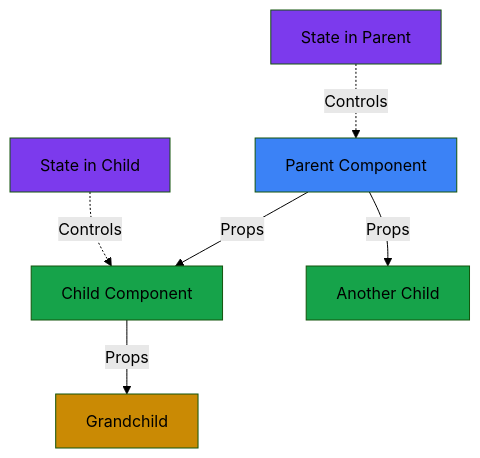
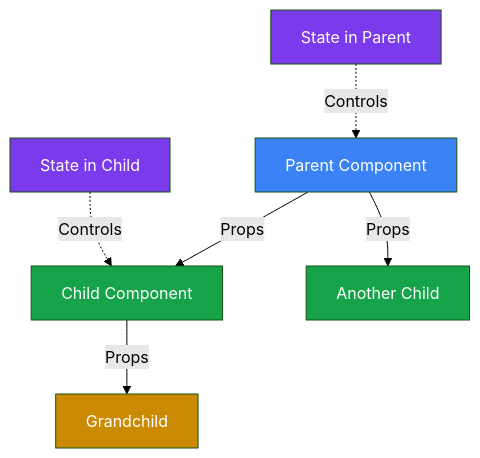
The first of 3 diagrams in react/state_props/README.md (upasanaprabhakar/web-dev-handbook), drawn with Mermaid (forest theme) before and after one commit. The commit also changed other lines of this file, not shown here.

Commit message:
state and props topic minor updates

````diff
--- a/react/state_props/README.md
+++ b/react/state_props/README.md
@@ -46,16 +46,20 @@
 ```mermaid
 graph TD
     A[Parent Component] -->|Props| B[Child Component]
     A -->|Props| C[Another Child]
     B -->|Props| D[Grandchild]
-    
+
     A1[State in Parent] -.->|Controls| A
     B1[State in Child] -.->|Controls| B
-    
-    style A fill:#3B82F6
-    style B fill:#16A34A
-    style C fill:#16A34A
-    style D fill:#CA8A04
-    style A1 fill:#7C3AED
-    style B1 fill:#7C3AED
+
+    classDef parent fill:#3B82F6,color:#ffffff
+    classDef child fill:#16A34A,color:#ffffff
+    classDef grand fill:#CA8A04,color:#ffffff
+    classDef state fill:#7C3AED,color:#ffffff
+
+    class A parent
+    class B,C child
+    class D grand
+    class A1,B1 state
+
 ```
````
